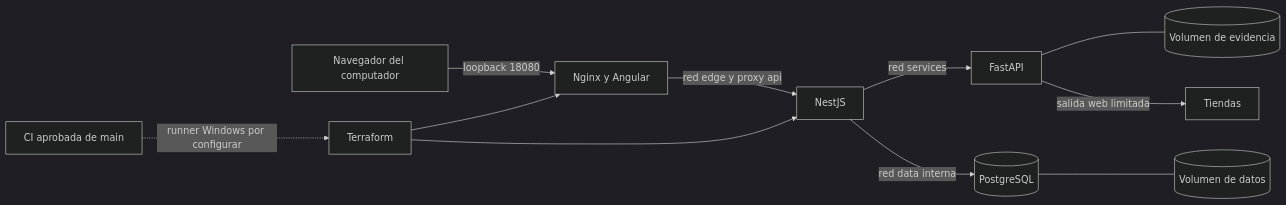
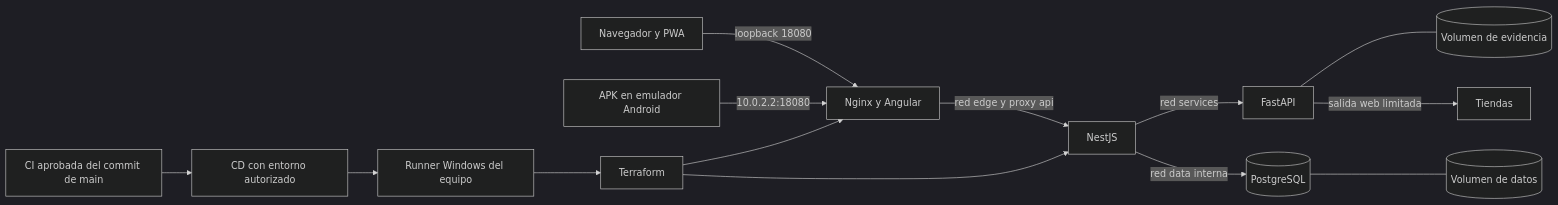
One commit to Fourdath/Habita3D changed the second of 2 diagrams in docs/architecture/overview.md. Above: the diagram before and after it, drawn with Mermaid (dark theme). The commit also changed other lines of this file and 10 other files, not shown here.

````diff
--- a/docs/architecture/overview.md
+++ b/docs/architecture/overview.md
@@ -92,13 +128,16 @@
 ```mermaid
 flowchart LR
-    Browser[Navegador del computador] -->|loopback 18080| FE[Nginx y Angular]
+    Browser[Navegador y PWA] -->|loopback 18080| FE[Nginx y Angular]
+    Android[APK en emulador Android] -->|10.0.2.2:18080| FE
     FE -->|red edge y proxy api| BE[NestJS]
     BE -->|red services| PY[FastAPI]
     BE -->|red data interna| DB[(PostgreSQL)]
     DB --- V[(Volumen de datos)]
     PY --- E[(Volumen de evidencia)]
     PY -->|salida web limitada| W[Tiendas]
-    CI[CI aprobada de main] -.->|runner Windows por configurar| TF[Terraform]
+    CI[CI aprobada del commit de main] --> CD[CD con entorno autorizado]
+    CD --> Runner[Runner Windows del equipo]
+    Runner --> TF[Terraform]
     TF --> FE
     TF --> BE
 ```
````
